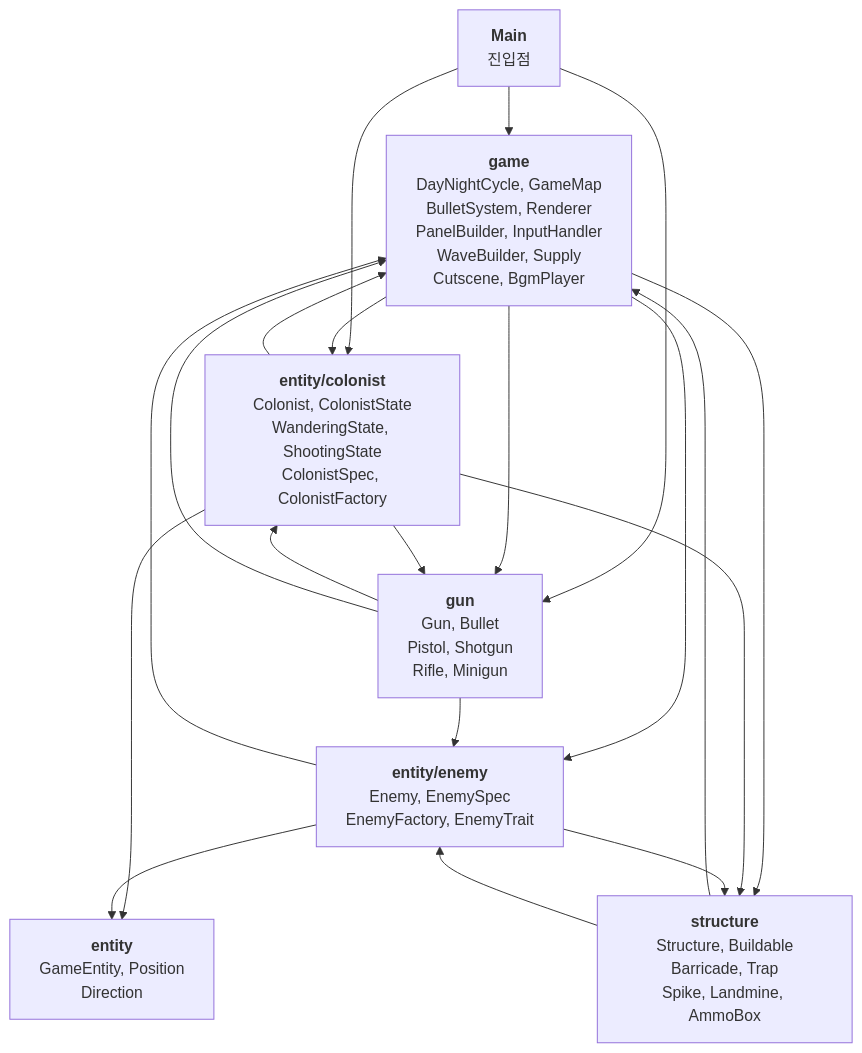
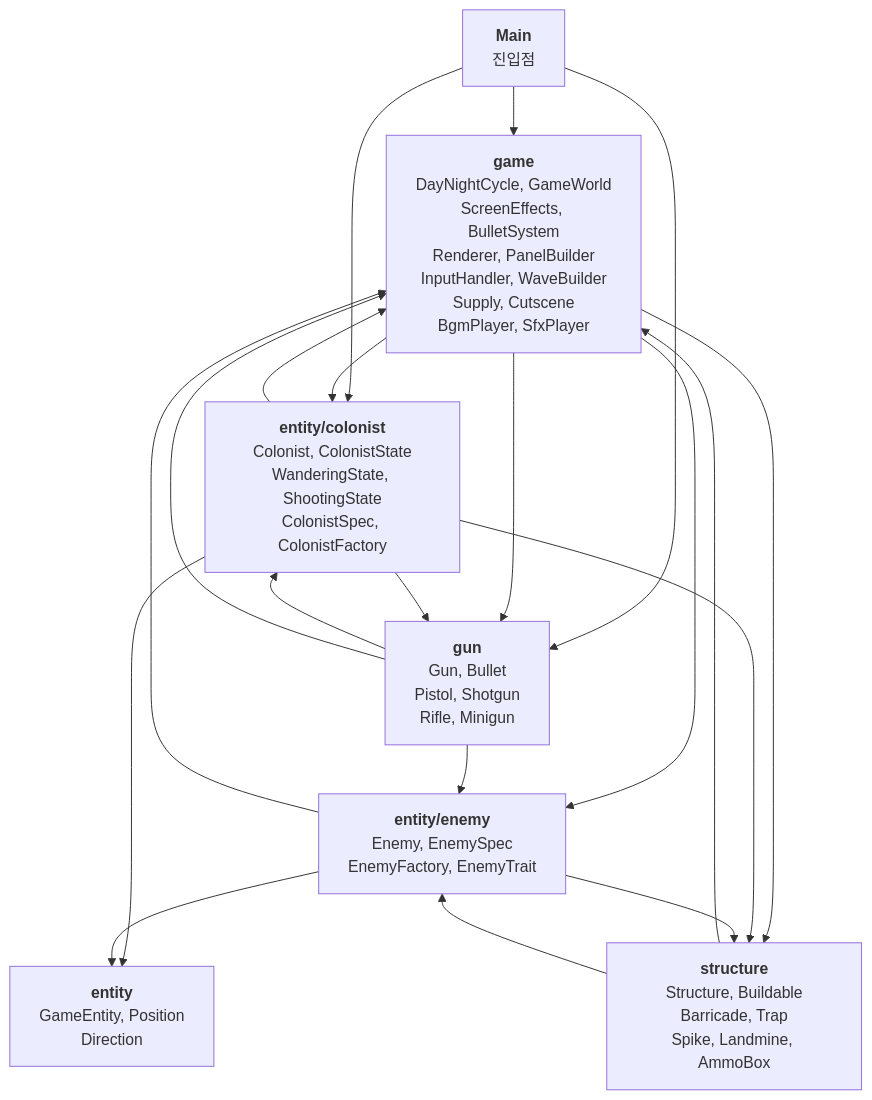
One commit to weweweme/teamnova_basic_class changed the fourth of 4 diagrams in week6/CLAUDE.md. Above: the diagram before and after it, drawn with Mermaid. The commit also changed other lines of this file and 20 other files, not shown here.

Commit message:
refactor: GameMap → GameWorld 이름 변경, ScreenEffects 클래스 추출

````diff
--- a/week6/CLAUDE.md
+++ b/week6/CLAUDE.md
@@ -185,35 +187,35 @@
 ```mermaid
 graph TB
     Main["<b>Main</b><br/>진입점"]
-    game["<b>game</b><br/>DayNightCycle, GameMap<br/>BulletSystem, Renderer<br/>PanelBuilder, InputHandler<br/>WaveBuilder, Supply<br/>Cutscene, BgmPlayer"]
+    game["<b>game</b><br/>DayNightCycle, GameWorld<br/>ScreenEffects, BulletSystem<br/>Renderer, PanelBuilder<br/>InputHandler, WaveBuilder<br/>Supply, Cutscene<br/>BgmPlayer, SfxPlayer"]
     colonist["<b>entity/colonist</b><br/>Colonist, ColonistState<br/>WanderingState, ShootingState<br/>ColonistSpec, ColonistFactory"]
     enemy["<b>entity/enemy</b><br/>Enemy, EnemySpec<br/>EnemyFactory, EnemyTrait"]
     gun["<b>gun</b><br/>Gun, Bullet<br/>Pistol, Shotgun<br/>Rifle, Minigun"]
     structure["<b>structure</b><br/>Structure, Buildable<br/>Barricade, Trap<br/>Spike, Landmine, AmmoBox"]
     entity["<b>entity</b><br/>GameEntity, Position<br/>Direction"]
 
     Main --> game
     Main --> colonist
     Main --> gun
 
     game --> colonist
     game --> enemy
     game --> gun
     game --> structure
 
     colonist --> entity
     colonist --> gun
     colonist --> structure
     colonist --> game
 
     enemy --> entity
     enemy --> structure
     enemy --> game
 
     gun --> colonist
     gun --> enemy
     gun --> game
 
     structure --> game
     structure --> enemy
 ```
````
